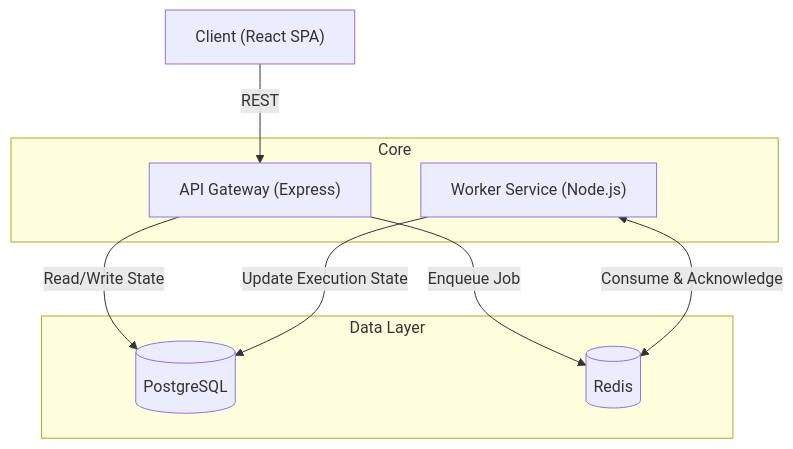
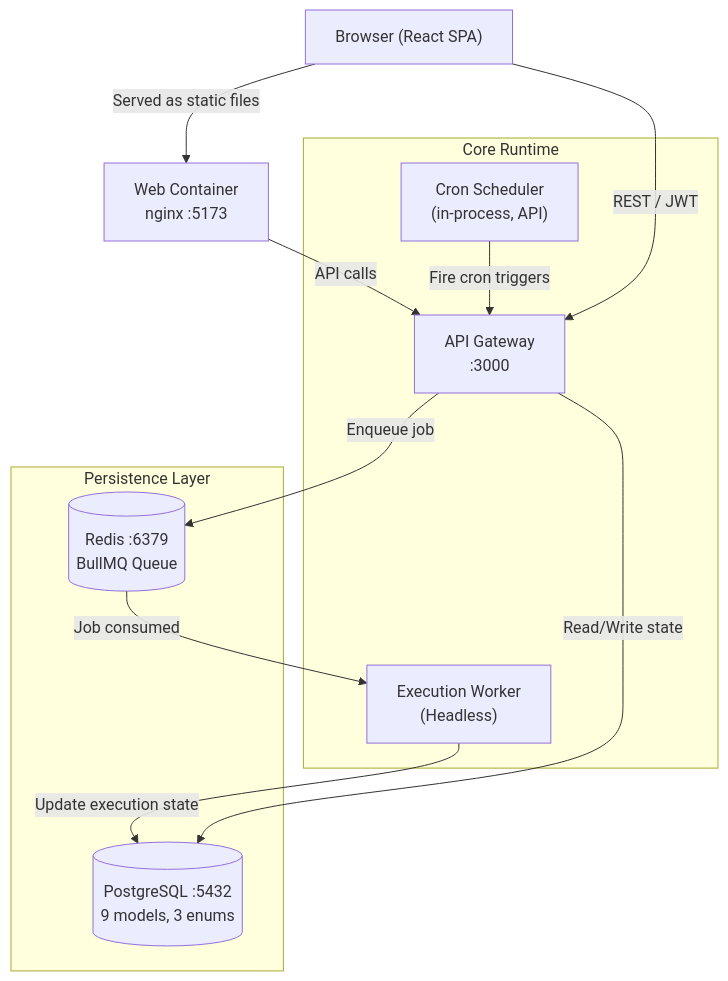
Before and after one commit to Ayush-o1/StarGate: the first of 6 diagrams in docs/architecture.md, drawn with Mermaid. The commit also changed other lines of this file and 68 other files, not shown here.

````diff
--- a/docs/architecture.md
+++ b/docs/architecture.md
@@ -11,19 +42,24 @@
 ```mermaid
-graph TD
-    Client["Client (React SPA)"] -->|REST| API["API Gateway (Express)"]
+graph TB
+    Browser["Browser (React SPA)"] -->|REST / JWT| API["API Gateway\n:3000"]
     
-    subgraph Core
+    subgraph "Core Runtime"
         API
-        Worker["Worker Service (Node.js)"]
+        Worker["Execution Worker\n(Headless)"]
+        Scheduler["Cron Scheduler\n(in-process, API)"]
     end
     
-    subgraph Data Layer
-        DB[(PostgreSQL)]
-        Redis[(Redis)]
+    subgraph "Persistence Layer"
+        DB[("PostgreSQL :5432\n9 models, 3 enums")]
+        Redis[("Redis :6379\nBullMQ Queue")]
     end
     
-    API -->|Read/Write State| DB
-    API -->|Enqueue Job| Redis
-    Worker <-->|Consume & Acknowledge| Redis
-    Worker -->|Update Execution State| DB
+    API -->|"Read/Write state"| DB
+    API -->|"Enqueue job"| Redis
+    Redis -->|"Job consumed"| Worker
+    Worker -->|"Update execution state"| DB
+    Scheduler -->|"Fire cron triggers"| API
+
+    Browser -->|"Served as static files"| Web["Web Container\nnginx :5173"]
+    Web -->|"API calls"| API
 ```
````
